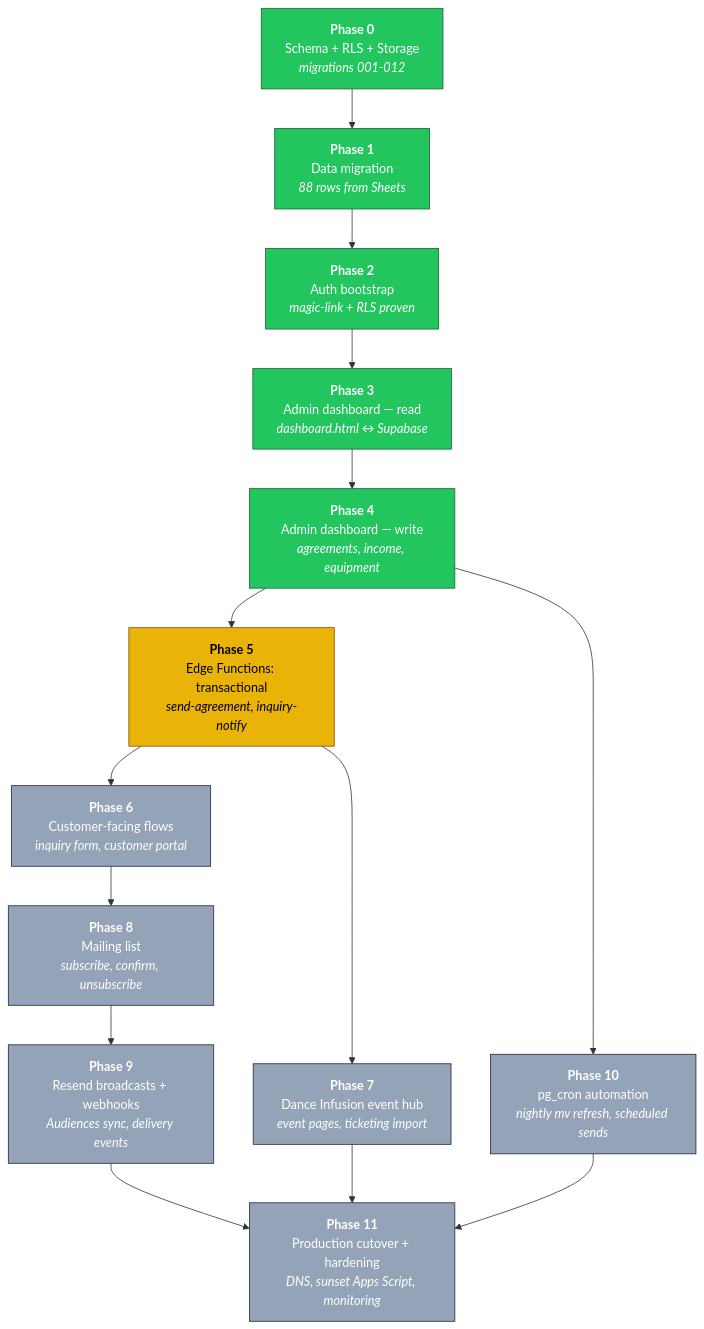
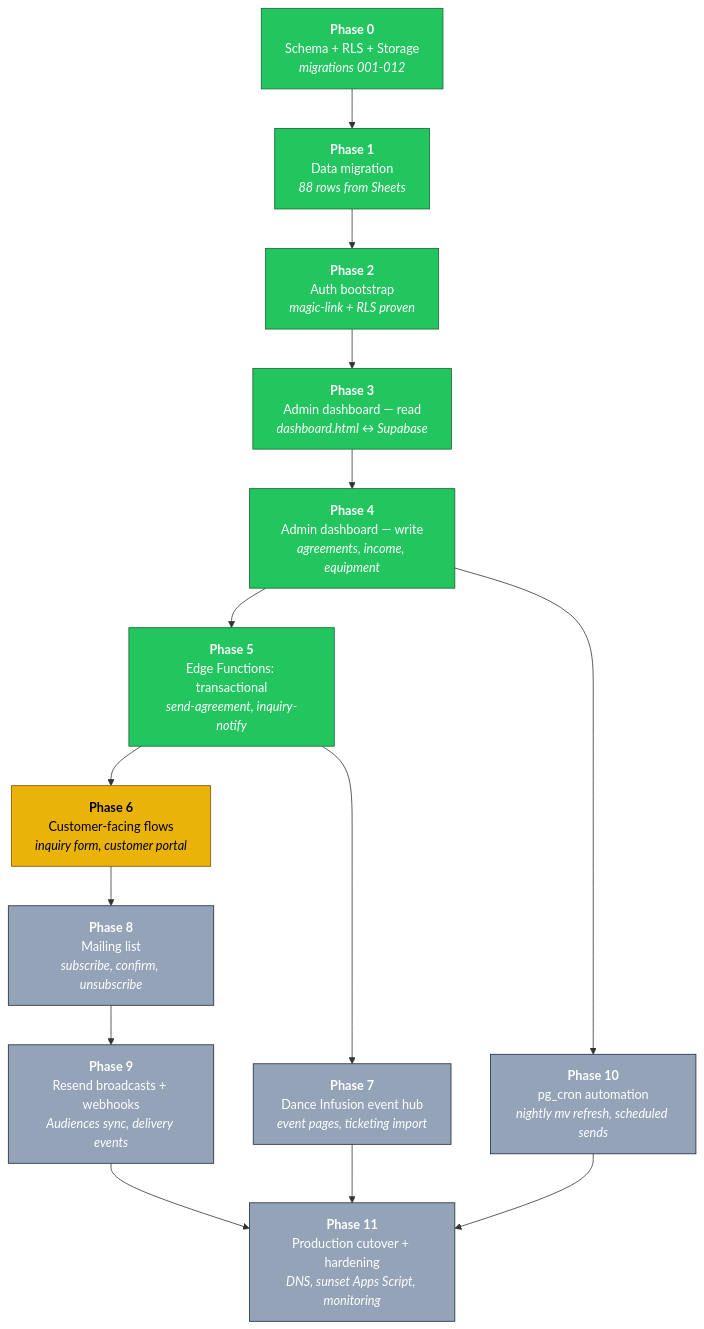
The first of 2 diagrams in ROADMAP.md (Berkythe4/comewith), drawn with Mermaid before and after one commit. The commit also changed other lines of this file and 1 other file, not shown here.

Commit message:
Phase 5 close: update roadmap status (P5 done, P6 next)

````diff
--- a/ROADMAP.md
+++ b/ROADMAP.md
@@ -21,33 +21,33 @@
 ```mermaid
 flowchart TD
     classDef done fill:#22c55e,stroke:#166534,color:#fff
     classDef next fill:#eab308,stroke:#854d0e,color:#000
     classDef planned fill:#94a3b8,stroke:#1e293b,color:#fff
 
     P0["<b>Phase 0</b><br/>Schema + RLS + Storage<br/><i>migrations 001-012</i>"]
     P1["<b>Phase 1</b><br/>Data migration<br/><i>88 rows from Sheets</i>"]
     P2["<b>Phase 2</b><br/>Auth bootstrap<br/><i>magic-link + RLS proven</i>"]
     P3["<b>Phase 3</b><br/>Admin dashboard — read<br/><i>dashboard.html ↔ Supabase</i>"]
     P4["<b>Phase 4</b><br/>Admin dashboard — write<br/><i>agreements, income, equipment</i>"]
     P5["<b>Phase 5</b><br/>Edge Functions: transactional<br/><i>send-agreement, inquiry-notify</i>"]
     P6["<b>Phase 6</b><br/>Customer-facing flows<br/><i>inquiry form, customer portal</i>"]
     P7["<b>Phase 7</b><br/>Dance Infusion event hub<br/><i>event pages, ticketing import</i>"]
     P8["<b>Phase 8</b><br/>Mailing list<br/><i>subscribe, confirm, unsubscribe</i>"]
     P9["<b>Phase 9</b><br/>Resend broadcasts + webhooks<br/><i>Audiences sync, delivery events</i>"]
     P10["<b>Phase 10</b><br/>pg_cron automation<br/><i>nightly mv refresh, scheduled sends</i>"]
     P11["<b>Phase 11</b><br/>Production cutover + hardening<br/><i>DNS, sunset Apps Script, monitoring</i>"]
 
     P0 --> P1 --> P2 --> P3 --> P4 --> P5
     P5 --> P6
     P5 --> P7
     P6 --> P8
     P8 --> P9
     P4 --> P10
     P9 --> P11
     P10 --> P11
     P7 --> P11
 
-    class P0,P1,P2,P3,P4 done
-    class P5 next
-    class P6,P7,P8,P9,P10,P11 planned
+    class P0,P1,P2,P3,P4,P5 done
+    class P6 next
+    class P7,P8,P9,P10,P11 planned
 ```
````
